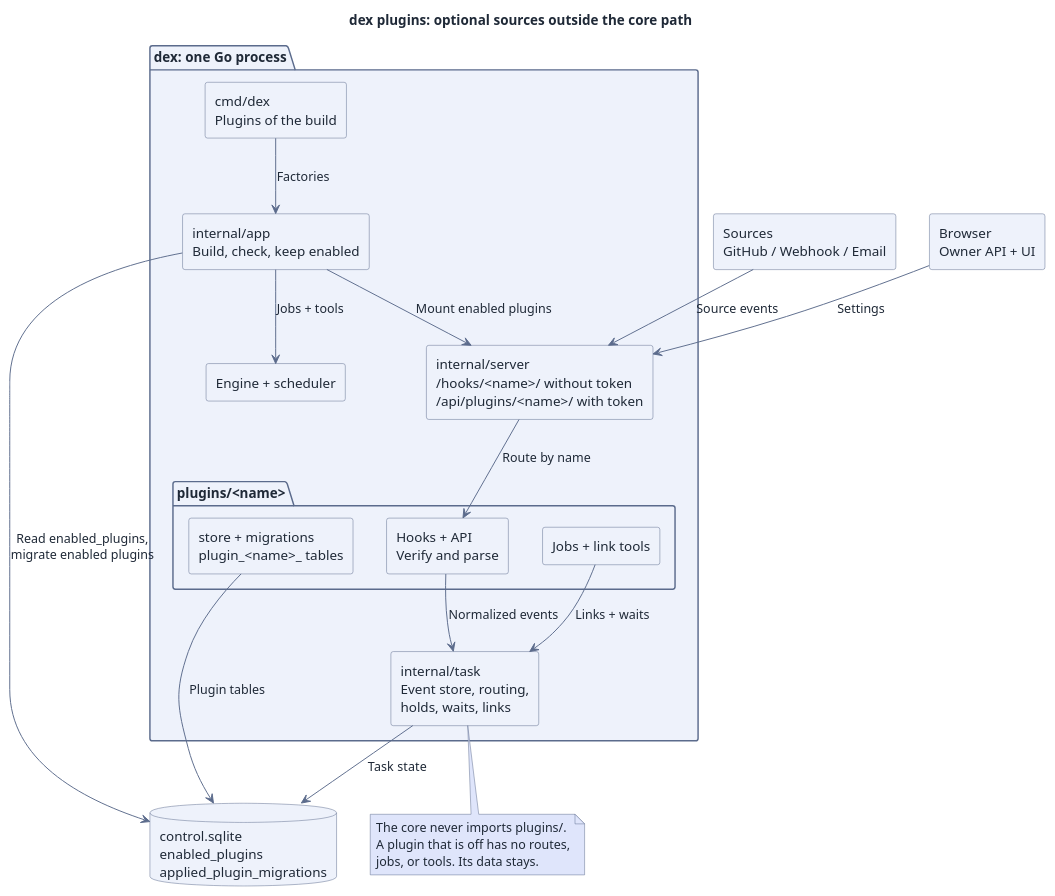
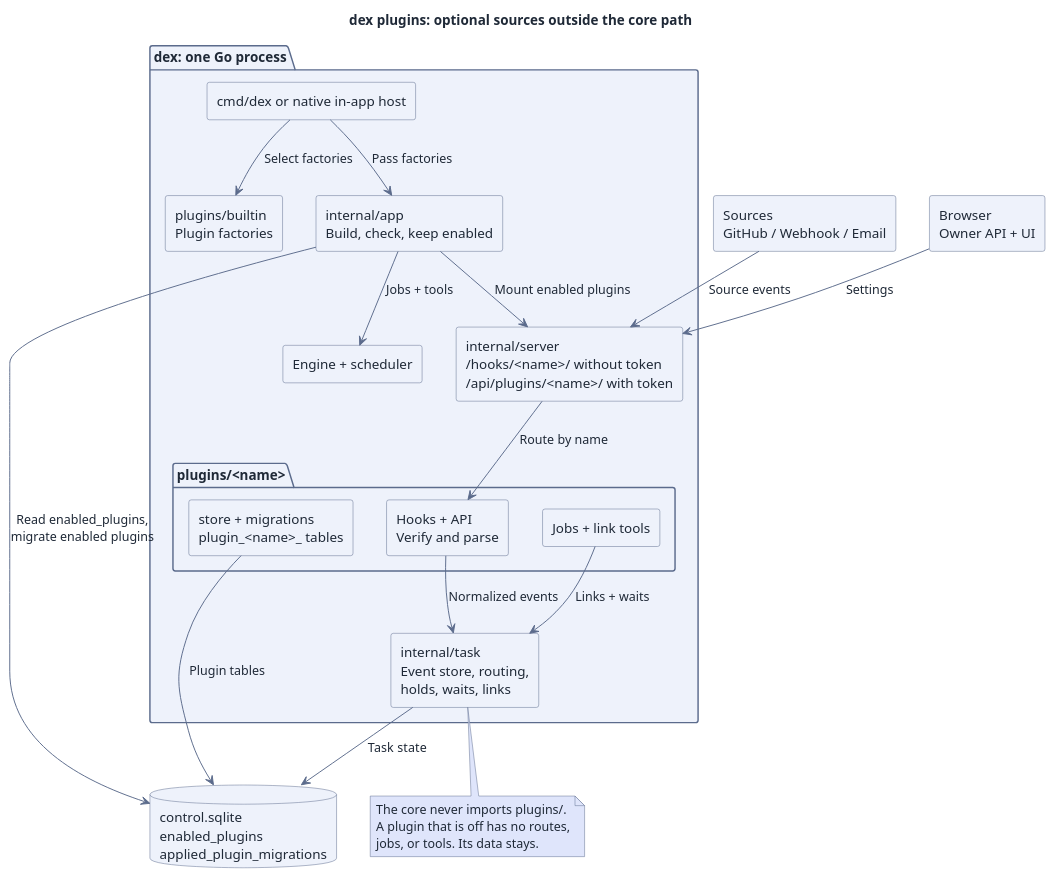
The diagram in docs/assets/src/plugins.puml (recally-io/dex), drawn with PlantUML before and after one commit. The commit also changed 35 other files, not shown here.

First line of the commit message:
docs: Align guides and diagrams with the current runtime (#398)

```diff
--- a/docs/assets/src/plugins.puml
+++ b/docs/assets/src/plugins.puml
@@ -1,85 +1,87 @@
 @startuml
 skinparam RectangleBackgroundColor #eef2fb
 skinparam RectangleBorderColor #5b6b8c
 skinparam RectangleFontColor #1f2937
 skinparam ComponentBackgroundColor #eef2fb
 skinparam ComponentBorderColor #5b6b8c
 skinparam ComponentFontColor #1f2937
 skinparam ClassBackgroundColor #eef2fb
 skinparam ClassBorderColor #5b6b8c
 skinparam ClassFontColor #1f2937
 skinparam UsecaseBackgroundColor #eef2fb
 skinparam UsecaseBorderColor #5b6b8c
 skinparam UsecaseFontColor #1f2937
 skinparam DatabaseBackgroundColor #eef2fb
 skinparam DatabaseBorderColor #5b6b8c
 skinparam DatabaseFontColor #1f2937
 skinparam NodeBackgroundColor #eef2fb
 skinparam NodeBorderColor #5b6b8c
 skinparam NodeFontColor #1f2937
 skinparam ActorBackgroundColor #eef2fb
 skinparam ActorBorderColor #5b6b8c
 skinparam ActorFontColor #1f2937
 skinparam StateBackgroundColor #eef2fb
 skinparam StateBorderColor #5b6b8c
 skinparam StateFontColor #1f2937
 skinparam ArtifactBackgroundColor #eef2fb
 skinparam ArtifactBorderColor #5b6b8c
 skinparam ArtifactFontColor #1f2937
 skinparam CloudBackgroundColor #eef2fb
 skinparam CloudBorderColor #5b6b8c
 skinparam CloudFontColor #1f2937
 skinparam FolderBackgroundColor #eef2fb
 skinparam FolderBorderColor #5b6b8c
 skinparam FolderFontColor #1f2937
 skinparam PackageBackgroundColor #eef2fb
 skinparam PackageBorderColor #5b6b8c
 skinparam DefaultFontColor #1f2937
 skinparam ArrowColor #5b6b8c
 skinparam ArrowFontColor #1f2937
 skinparam NoteBackgroundColor #dfe5fb
 skinparam NoteBorderColor #5b6b8c
 skinparam NoteFontColor #1f2937
 skinparam stereotypeABackgroundColor #d9e3f4
 skinparam stereotypeABorderColor #5b6b8c
 skinparam stereotypeCBackgroundColor #d9e3f4
 skinparam stereotypeCBorderColor #5b6b8c
 skinparam stereotypeEBackgroundColor #d9e3f4
 skinparam stereotypeEBorderColor #5b6b8c
 skinparam stereotypeIBackgroundColor #d9e3f4
 skinparam stereotypeIBorderColor #5b6b8c
 skinparam BackgroundColor #ffffff
 title dex plugins: optional sources outside the core path
 top to bottom direction
 rectangle "Sources\nGitHub / Webhook / Email" as sources
 rectangle "Browser\nOwner API + UI" as browser
 package "dex: one Go process" as runtime {
-  rectangle "cmd/dex\nPlugins of the build" as cmd
+  rectangle "cmd/dex or native in-app host" as host
+  rectangle "plugins/builtin\nPlugin factories" as builtin
   rectangle "internal/app\nBuild, check, keep enabled" as app
   rectangle "internal/server\n/hooks/<name>/ without token\n/api/plugins/<name>/ with token" as server
   package "plugins/<name>" as plugin {
     rectangle "Hooks + API\nVerify and parse" as handlers
     rectangle "Jobs + link tools" as extras
     rectangle "store + migrations\nplugin_<name>_ tables" as pstore
   }
   rectangle "internal/task\nEvent store, routing,\nholds, waits, links" as taskstore
   rectangle "Engine + scheduler" as core
 }
 database "control.sqlite\nenabled_plugins\napplied_plugin_migrations" as cdb
-cmd --> app : Factories
+host --> builtin : Select factories
+host --> app : Pass factories
 app --> cdb : Read enabled_plugins,\nmigrate enabled plugins
 app --> server : Mount enabled plugins
 app --> core : Jobs + tools
 sources --> server : Source events
 browser --> server : Settings
 server --> handlers : Route by name
 handlers --> taskstore : Normalized events
 extras --> taskstore : Links + waits
 pstore --> cdb : Plugin tables
 taskstore --> cdb : Task state
 note bottom of taskstore
   The core never imports plugins/.
   A plugin that is off has no routes,
   jobs, or tools. Its data stays.
 end note
 @enduml
```
